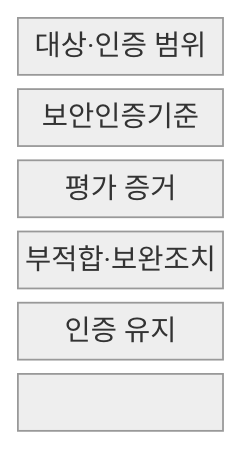
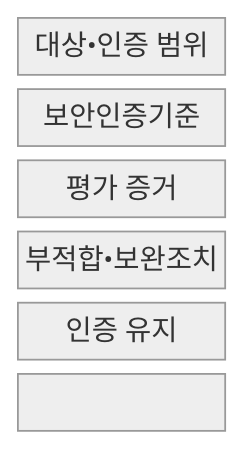
Before and after one commit to agnusdei1207/knowledge-base: the first of 2 diagrams in src/content/docs/notes/06-evaluation/048_csap_assessment.md, drawn with Mermaid (neutral theme). The commit also changed other lines of this file and 953 other files, not shown here.

````diff
--- a/src/content/docs/notes/06-evaluation/048_csap_assessment.md
+++ b/src/content/docs/notes/06-evaluation/048_csap_assessment.md
@@ -69,11 +69,11 @@
 ```mermaid
 block-beta
   columns 1
-  S["대상·인증 범위"]
+  S["대상•인증 범위"]
   C["보안인증기준"]
   E["평가 증거"]
-  R["부적합·보완조치"]
+  R["부적합•보완조치"]
   M["인증 유지"]
   S --> C --> E
   E --> R --> M
 ```
````
